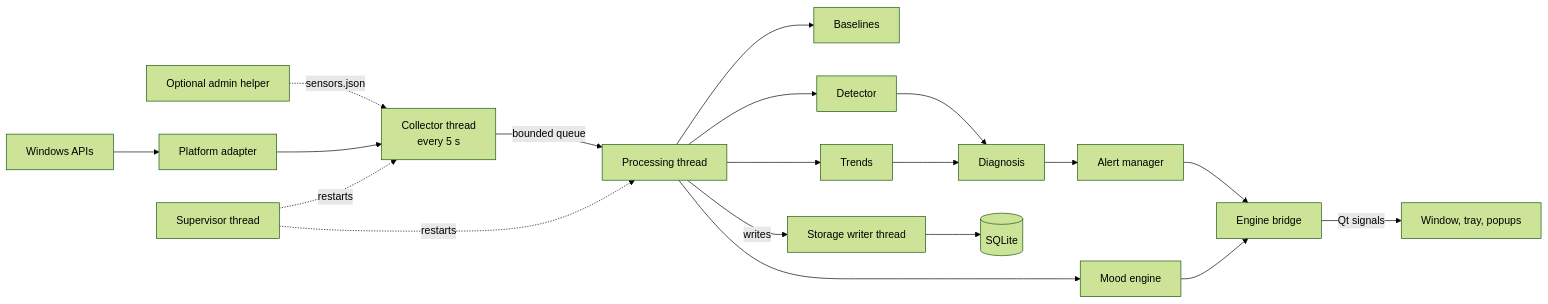
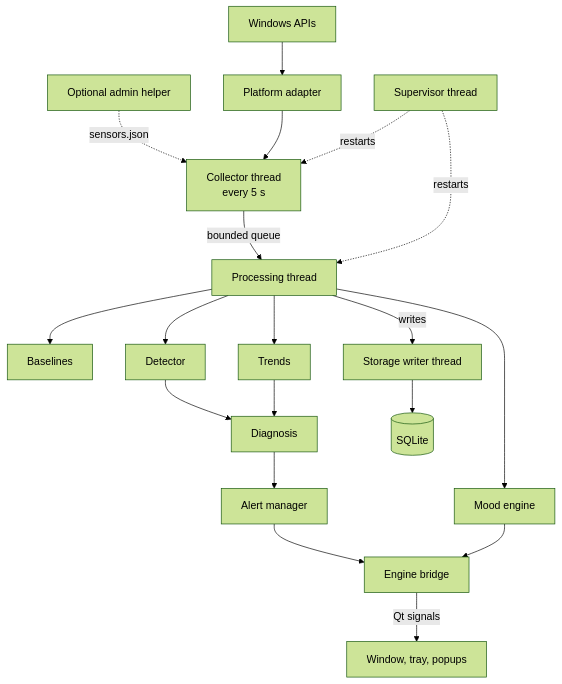
The first of 3 diagrams in Mochi - Technical Specification.md (RoyceRRNS/Mochi), drawn with Mermaid (forest theme) before and after one commit.

Commit message:
Lay out the architecture diagram top to bottom
The wide left-to-right layout shrank its text on GitHub.

````diff
--- a/Mochi - Technical Specification.md
+++ b/Mochi - Technical Specification.md
@@ -222,21 +222,21 @@
 ```mermaid
-flowchart LR
+flowchart TB
     OS["Windows APIs"] --> PLAT["Platform adapter"]
     HELPER["Optional admin helper"] -.->|"sensors.json"| COLL
     PLAT --> COLL["Collector thread<br/>every 5 s"]
     COLL -->|"bounded queue"| PROC["Processing thread"]
     PROC --> BASE["Baselines"]
     PROC --> DET["Detector"]
     PROC --> TREND["Trends"]
     DET --> DIAG["Diagnosis"]
     TREND --> DIAG
     DIAG --> ALERT["Alert manager"]
     PROC --> MOOD["Mood engine"]
     PROC -->|"writes"| WRITER["Storage writer thread"]
     WRITER --> DB[("SQLite")]
     ALERT --> BRIDGE["Engine bridge"]
     MOOD --> BRIDGE
     BRIDGE -->|"Qt signals"| UI["Window, tray, popups"]
     SUP["Supervisor thread"] -.->|"restarts"| COLL
     SUP -.->|"restarts"| PROC
 ```
````
